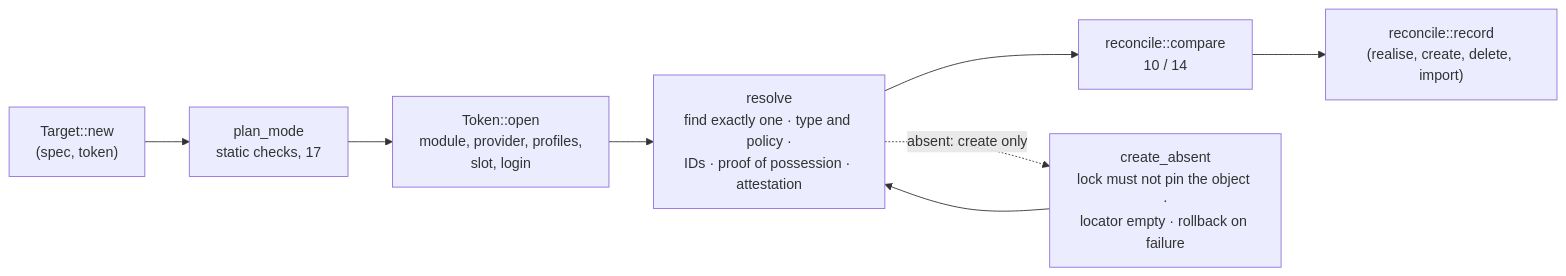
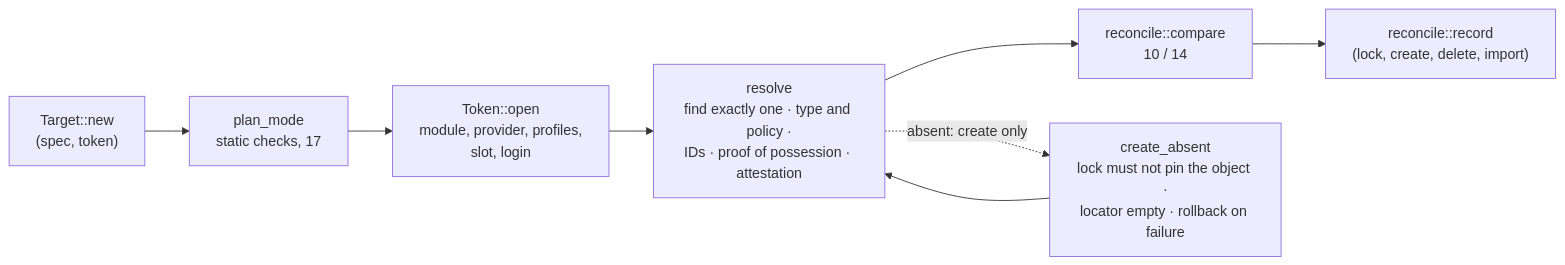
One commit to Princemachiavelli/cakeys changed the second of 2 diagrams in docs/ARCHITECTURE.md. Above: the diagram before and after it, drawn with Mermaid. The commit also changed other lines of this file and 47 other files, not shown here.

First line of the commit message:
The lock verb is `lock`: realise is renamed in place, no alias

````diff
--- a/docs/ARCHITECTURE.md
+++ b/docs/ARCHITECTURE.md
@@ -94,10 +94,10 @@
 ```mermaid
 flowchart LR
     A["Target::new<br/>(spec, token)"] --> B["plan_mode<br/>static checks, 17"]
     B --> C["Token::open<br/>module, provider, profiles,<br/>slot, login"]
     C --> D["resolve<br/>find exactly one · type and policy ·<br/>IDs · proof of possession · attestation"]
     D --> E["reconcile::compare<br/>10 / 14"]
-    E --> F["reconcile::record<br/>(realise, create, delete, import)"]
+    E --> F["reconcile::record<br/>(lock, create, delete, import)"]
     D -. "absent: create only" .-> G["create_absent<br/>lock must not pin the object ·<br/>locator empty · rollback on failure"]
     G --> D
 ```
````
